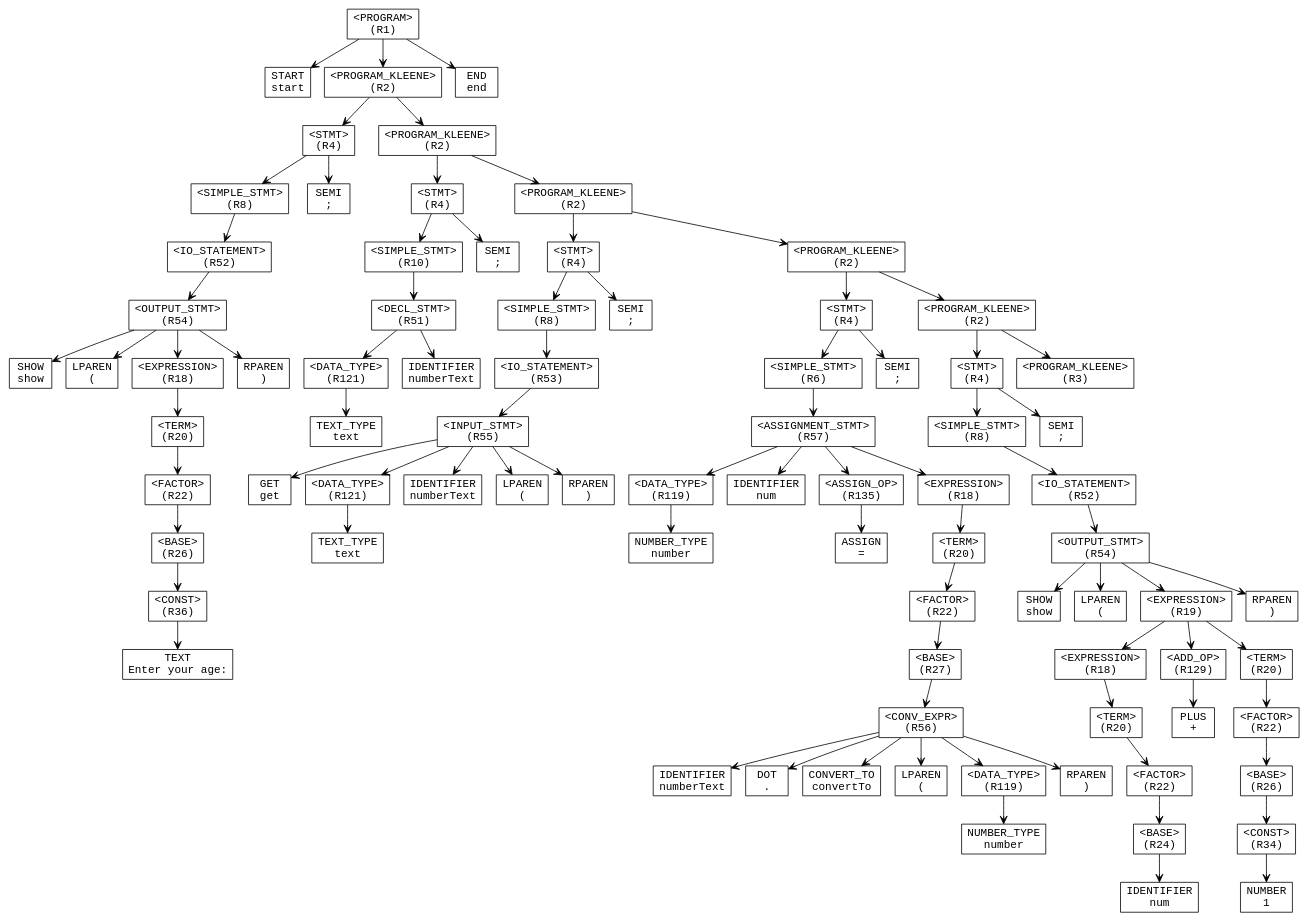
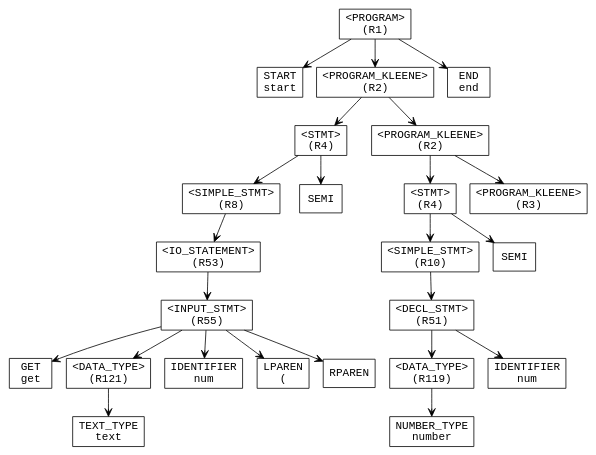
The diagram in parse_tree.dot (AjDesuuu/Upspyre-Programming-Language), drawn with Graphviz before and after one commit. The commit also changed 9 other files, not shown here.

```diff
--- a/parse_tree.dot
+++ b/parse_tree.dot
@@ -1,169 +1,51 @@
 digraph ParseTree {
   node [shape=box, fontname="Courier"];
   edge [arrowhead=vee];
-  n1573505945 [label="<PROGRAM>\n(R1)"];
-  n365795596 [label="START\nstart"];
-  n1573505945 -> n365795596;
-  n1706227733 [label="<PROGRAM_KLEENE>\n(R2)"];
-  n445328051 [label="<STMT>\n(R4)"];
-  n2083527126 [label="<SIMPLE_STMT>\n(R8)"];
-  n937830592 [label="<IO_STATEMENT>\n(R52)"];
-  n1172704377 [label="<OUTPUT_STMT>\n(R54)"];
-  n117139652 [label="SHOW\nshow"];
-  n1172704377 -> n117139652;
-  n2054762340 [label="LPAREN\n("];
-  n1172704377 -> n2054762340;
-  n2095036611 [label="<EXPRESSION>\n(R18)"];
-  n154134245 [label="<TERM>\n(R20)"];
-  n1422852684 [label="<FACTOR>\n(R22)"];
-  n1744704958 [label="<BASE>\n(R26)"];
-  n1726394402 [label="<CONST>\n(R36)"];
-  n268991189 [label="TEXT\nEnter your age:"];
-  n1726394402 -> n268991189;
+  n1744704958 [label="<PROGRAM>\n(R1)"];
+  n1726394402 [label="START\nstart"];
   n1744704958 -> n1726394402;
-  n1422852684 -> n1744704958;
-  n154134245 -> n1422852684;
-  n2095036611 -> n154134245;
-  n1172704377 -> n2095036611;
-  n1014614010 [label="RPAREN\n)"];
-  n1172704377 -> n1014614010;
-  n937830592 -> n1172704377;
-  n2083527126 -> n937830592;
-  n445328051 -> n2083527126;
-  n725444142 [label="SEMI\n;"];
-  n445328051 -> n725444142;
-  n1706227733 -> n445328051;
-  n2022290635 [label="<PROGRAM_KLEENE>\n(R2)"];
-  n721729501 [label="<STMT>\n(R4)"];
-  n1496376144 [label="<SIMPLE_STMT>\n(R10)"];
-  n427618894 [label="<DECL_STMT>\n(R51)"];
-  n744895046 [label="<DATA_TYPE>\n(R121)"];
-  n584241736 [label="TEXT_TYPE\ntext"];
-  n744895046 -> n584241736;
+  n268991189 [label="<PROGRAM_KLEENE>\n(R2)"];
+  n1014614010 [label="<STMT>\n(R4)"];
+  n725444142 [label="<SIMPLE_STMT>\n(R8)"];
+  n2022290635 [label="<IO_STATEMENT>\n(R53)"];
+  n721729501 [label="<INPUT_STMT>\n(R55)"];
+  n1496376144 [label="GET\nget"];
+  n721729501 -> n1496376144;
+  n427618894 [label="<DATA_TYPE>\n(R121)"];
+  n744895046 [label="TEXT_TYPE\ntext"];
   n427618894 -> n744895046;
-  n2082905889 [label="IDENTIFIER\nnumberText"];
-  n427618894 -> n2082905889;
-  n1496376144 -> n427618894;
-  n721729501 -> n1496376144;
-  n37153897 [label="SEMI\n;"];
+  n721729501 -> n427618894;
+  n584241736 [label="IDENTIFIER\nnum"];
+  n721729501 -> n584241736;
+  n2082905889 [label="LPAREN\n("];
+  n721729501 -> n2082905889;
+  n37153897 [label="RPAREN\n"];
   n721729501 -> n37153897;
   n2022290635 -> n721729501;
-  n534714987 [label="<PROGRAM_KLEENE>\n(R2)"];
-  n724290378 [label="<STMT>\n(R4)"];
-  n1664915097 [label="<SIMPLE_STMT>\n(R8)"];
-  n1457285939 [label="<IO_STATEMENT>\n(R53)"];
-  n825704385 [label="<INPUT_STMT>\n(R55)"];
-  n1152635702 [label="GET\nget"];
+  n725444142 -> n2022290635;
+  n1014614010 -> n725444142;
+  n534714987 [label="SEMI\n"];
+  n1014614010 -> n534714987;
+  n268991189 -> n1014614010;
+  n724290378 [label="<PROGRAM_KLEENE>\n(R2)"];
+  n1664915097 [label="<STMT>\n(R4)"];
+  n1457285939 [label="<SIMPLE_STMT>\n(R10)"];
+  n825704385 [label="<DECL_STMT>\n(R51)"];
+  n1152635702 [label="<DATA_TYPE>\n(R119)"];
+  n1136401767 [label="NUMBER_TYPE\nnumber"];
+  n1152635702 -> n1136401767;
   n825704385 -> n1152635702;
-  n1136401767 [label="<DATA_TYPE>\n(R121)"];
-  n1980523472 [label="TEXT_TYPE\ntext"];
-  n1136401767 -> n1980523472;
-  n825704385 -> n1136401767;
-  n2119013351 [label="IDENTIFIER\nnumberText"];
-  n825704385 -> n2119013351;
-  n608028027 [label="LPAREN\n("];
-  n825704385 -> n608028027;
-  n130655166 [label="RPAREN\n)"];
-  n825704385 -> n130655166;
+  n1980523472 [label="IDENTIFIER\nnum"];
+  n825704385 -> n1980523472;
   n1457285939 -> n825704385;
   n1664915097 -> n1457285939;
+  n2119013351 [label="SEMI\n"];
+  n1664915097 -> n2119013351;
   n724290378 -> n1664915097;
-  n315511412 [label="SEMI\n;"];
-  n724290378 -> n315511412;
-  n534714987 -> n724290378;
-  n9316705 [label="<PROGRAM_KLEENE>\n(R2)"];
-  n1255289366 [label="<STMT>\n(R4)"];
-  n5024929 [label="<SIMPLE_STMT>\n(R6)"];
-  n1618023214 [label="<ASSIGNMENT_STMT>\n(R57)"];
-  n289794912 [label="<DATA_TYPE>\n(R119)"];
-  n1247554012 [label="NUMBER_TYPE\nnumber"];
-  n289794912 -> n1247554012;
-  n1618023214 -> n289794912;
-  n798010770 [label="IDENTIFIER\nnum"];
-  n1618023214 -> n798010770;
-  n1192244013 [label="<ASSIGN_OP>\n(R135)"];
-  n2033245764 [label="ASSIGN\n="];
-  n1192244013 -> n2033245764;
-  n1618023214 -> n1192244013;
-  n1384716919 [label="<EXPRESSION>\n(R18)"];
-  n2019545481 [label="<TERM>\n(R20)"];
-  n1049627892 [label="<FACTOR>\n(R22)"];
-  n1093482396 [label="<BASE>\n(R27)"];
-  n1533921132 [label="<CONV_EXPR>\n(R56)"];
-  n1563985425 [label="IDENTIFIER\nnumberText"];
-  n1533921132 -> n1563985425;
-  n1668400878 [label="DOT\n."];
-  n1533921132 -> n1668400878;
-  n1271434443 [label="CONVERT_TO\nconvertTo"];
-  n1533921132 -> n1271434443;
-  n2125165689 [label="LPAREN\n("];
-  n1533921132 -> n2125165689;
-  n1740275123 [label="<DATA_TYPE>\n(R119)"];
-  n168919324 [label="NUMBER_TYPE\nnumber"];
-  n1740275123 -> n168919324;
-  n1533921132 -> n1740275123;
-  n95480385 [label="RPAREN\n)"];
-  n1533921132 -> n95480385;
-  n1093482396 -> n1533921132;
-  n1049627892 -> n1093482396;
-  n2019545481 -> n1049627892;
-  n1384716919 -> n2019545481;
-  n1618023214 -> n1384716919;
-  n5024929 -> n1618023214;
-  n1255289366 -> n5024929;
-  n547180082 [label="SEMI\n;"];
-  n1255289366 -> n547180082;
-  n9316705 -> n1255289366;
-  n343861367 [label="<PROGRAM_KLEENE>\n(R2)"];
-  n308384389 [label="<STMT>\n(R4)"];
-  n276926570 [label="<SIMPLE_STMT>\n(R8)"];
-  n1512546454 [label="<IO_STATEMENT>\n(R52)"];
-  n972670709 [label="<OUTPUT_STMT>\n(R54)"];
-  n655531765 [label="SHOW\nshow"];
-  n972670709 -> n655531765;
-  n990660797 [label="LPAREN\n("];
-  n972670709 -> n990660797;
-  n1548250202 [label="<EXPRESSION>\n(R19)"];
-  n737269576 [label="<EXPRESSION>\n(R18)"];
-  n405213685 [label="<TERM>\n(R20)"];
-  n1102572524 [label="<FACTOR>\n(R22)"];
-  n1577219388 [label="<BASE>\n(R24)"];
-  n2070721059 [label="IDENTIFIER\nnum"];
-  n1577219388 -> n2070721059;
-  n1102572524 -> n1577219388;
-  n405213685 -> n1102572524;
-  n737269576 -> n405213685;
-  n1548250202 -> n737269576;
-  n1533328386 [label="<ADD_OP>\n(R129)"];
-  n628282377 [label="PLUS\n+"];
-  n1533328386 -> n628282377;
-  n1548250202 -> n1533328386;
-  n1746206222 [label="<TERM>\n(R20)"];
-  n1987552389 [label="<FACTOR>\n(R22)"];
-  n143495909 [label="<BASE>\n(R26)"];
-  n996986209 [label="<CONST>\n(R34)"];
-  n1950855308 [label="NUMBER\n1"];
-  n996986209 -> n1950855308;
-  n143495909 -> n996986209;
-  n1987552389 -> n143495909;
-  n1746206222 -> n1987552389;
-  n1548250202 -> n1746206222;
-  n972670709 -> n1548250202;
-  n1063215373 [label="RPAREN\n)"];
-  n972670709 -> n1063215373;
-  n1512546454 -> n972670709;
-  n276926570 -> n1512546454;
-  n308384389 -> n276926570;
-  n1537328825 [label="SEMI\n;"];
-  n308384389 -> n1537328825;
-  n343861367 -> n308384389;
-  n108732265 [label="<PROGRAM_KLEENE>\n(R3)"];
-  n343861367 -> n108732265;
-  n9316705 -> n343861367;
-  n534714987 -> n9316705;
-  n2022290635 -> n534714987;
-  n1706227733 -> n2022290635;
-  n1573505945 -> n1706227733;
-  n1341197562 [label="END\nend"];
-  n1573505945 -> n1341197562;
+  n608028027 [label="<PROGRAM_KLEENE>\n(R3)"];
+  n724290378 -> n608028027;
+  n268991189 -> n724290378;
+  n1744704958 -> n268991189;
+  n130655166 [label="END\nend"];
+  n1744704958 -> n130655166;
 }
```
